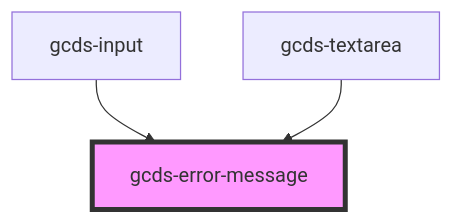
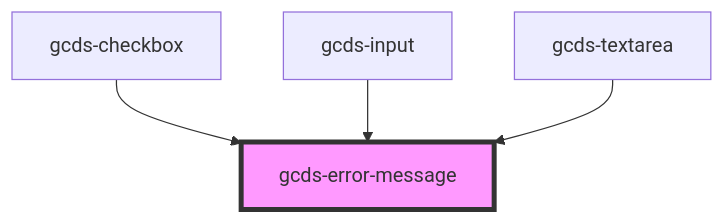
One commit to cds-snc/gcds-components changed the diagram in src/components/gcds-error-message/readme.md. Above: the diagram before and after it, drawn with Mermaid. The commit also changed other lines of this file and 7 other files, not shown here.

````diff
--- a/src/components/gcds-error-message/readme.md
+++ b/src/components/gcds-error-message/readme.md
@@ -24,6 +25,7 @@
 ```mermaid
 graph TD;
+  gcds-checkbox --> gcds-error-message
   gcds-input --> gcds-error-message
   gcds-textarea --> gcds-error-message
   style gcds-error-message fill:#f9f,stroke:#333,stroke-width:4px
 ```
````
